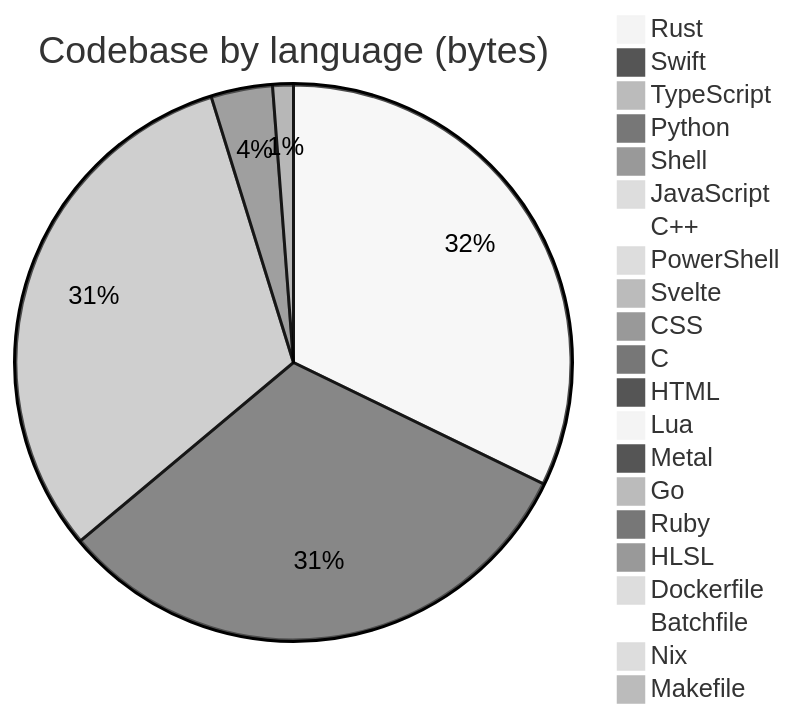
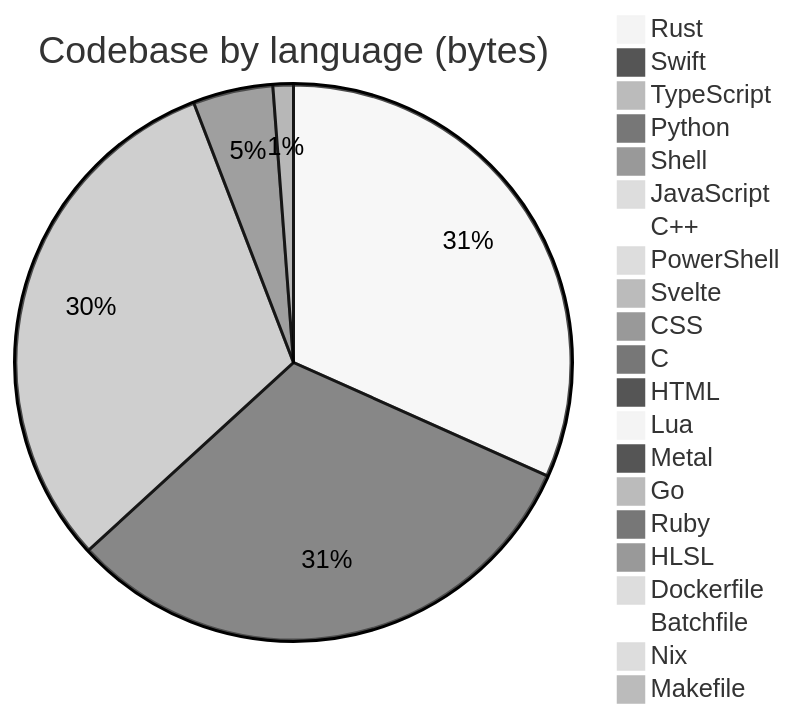
The diagram in profile/README.md (Open330/.github), drawn with Mermaid (neutral theme) before and after one commit. The commit also changed other lines of this file and 1 other file, not shown here.

````diff
--- a/profile/README.md
+++ b/profile/README.md
@@ -138,24 +138,24 @@
 ```mermaid
 pie title Codebase by language (bytes)
-    "Rust" : 38266225
-    "Swift" : 37689920
-    "TypeScript" : 37220642
-    "Python" : 4248100
-    "Shell" : 1431855
+    "Rust" : 38282094
+    "Swift" : 38059772
+    "TypeScript" : 37413372
+    "Python" : 5615657
+    "Shell" : 1434322
     "JavaScript" : 678296
     "C++" : 388775
     "PowerShell" : 333788
     "Svelte" : 275766
-    "CSS" : 270182
+    "CSS" : 270642
     "C" : 197825
-    "HTML" : 126883
+    "HTML" : 130971
     "Lua" : 48814
     "Metal" : 33192
     "Go" : 22811
     "Ruby" : 8992
     "HLSL" : 7527
     "Dockerfile" : 7454
     "Batchfile" : 5660
     "Nix" : 3168
     "Makefile" : 1692
 ```
````
